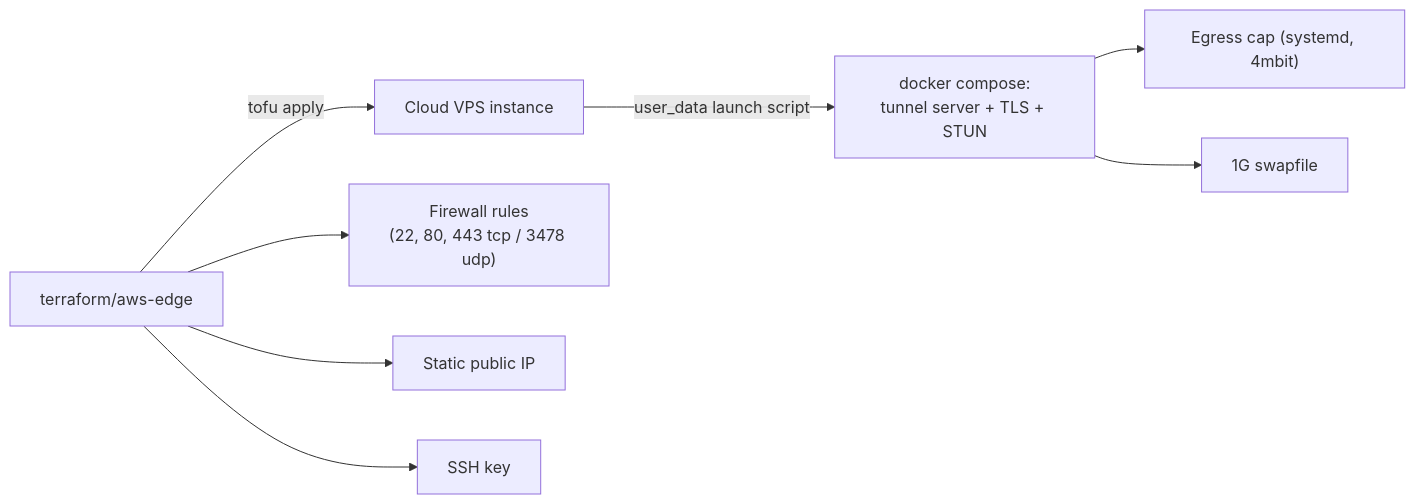
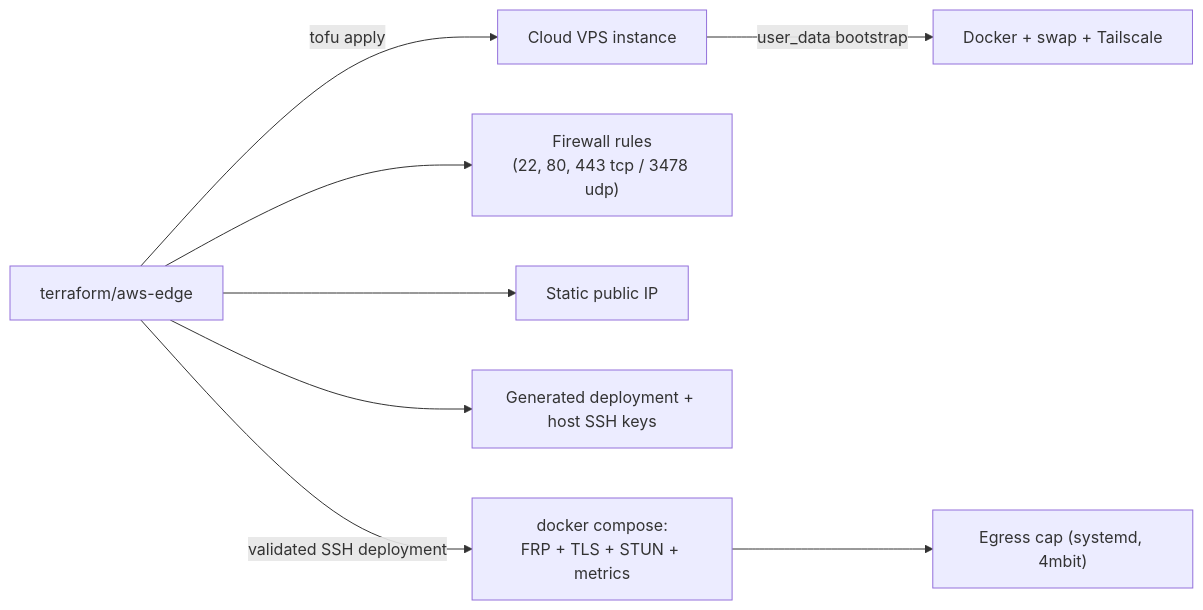
One commit to member87/home-ops changed the second of 3 diagrams in docs/gitops-flow.md. Above: the diagram before and after it, drawn with Mermaid. The commit also changed other lines of this file and 13 other files, not shown here.

````diff
--- a/docs/gitops-flow.md
+++ b/docs/gitops-flow.md
@@ -41,10 +41,10 @@
 ```mermaid
 flowchart LR
     TF["terraform/aws-edge"] -->|"tofu apply"| LS["Cloud VPS instance"]
     TF --> FW["Firewall rules<br/>(22, 80, 443 tcp / 3478 udp)"]
     TF --> SIP["Static public IP"]
-    TF --> KP["SSH key"]
-    LS -->|"user_data launch script"| SVC["docker compose:<br/>tunnel server + TLS + STUN"]
+    TF --> KP["Generated deployment + host SSH keys"]
+    LS -->|"user_data bootstrap"| BOOT["Docker + swap + Tailscale"]
+    TF -->|"validated SSH deployment"| SVC["docker compose:<br/>FRP + TLS + STUN + metrics"]
     SVC --> CAP["Egress cap (systemd, 4mbit)"]
-    SVC --> SW["1G swapfile"]
 ```
````
